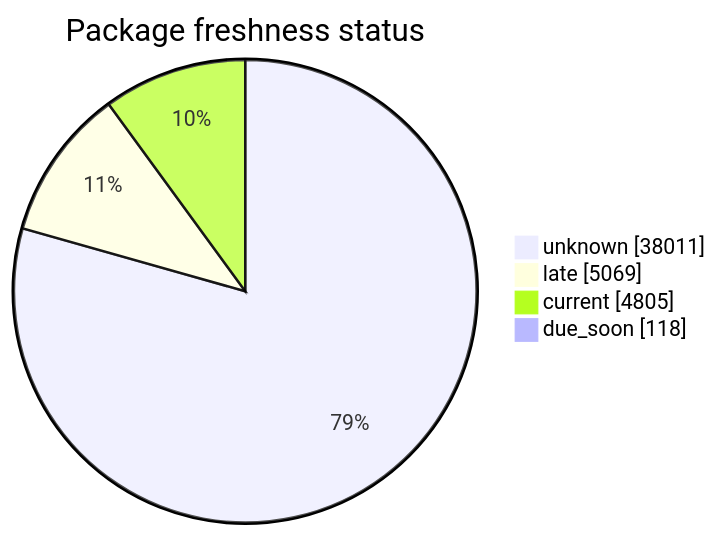
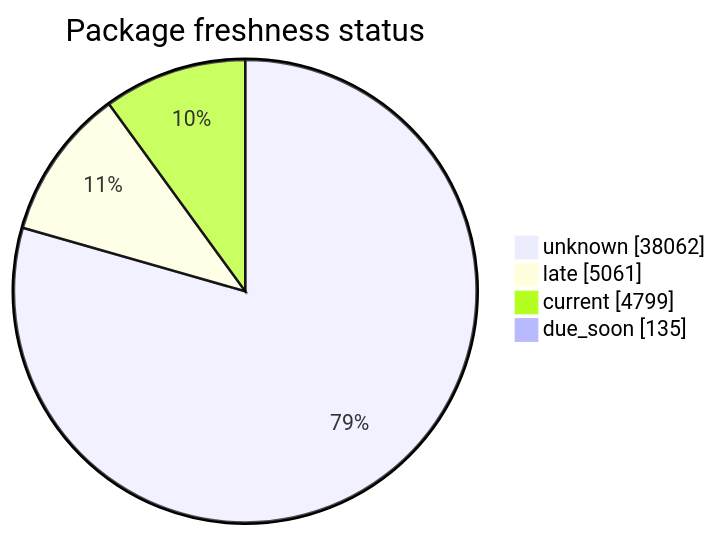
One commit to open-data/analytics-corporate-reporting changed the second of 5 diagrams in FreshCheck/README.md. Above: the diagram before and after it, drawn with Mermaid. The commit also changed other lines of this file and 3 other files, not shown here.

````diff
--- a/FreshCheck/README.md
+++ b/FreshCheck/README.md
@@ -68,7 +68,7 @@
 ```mermaid
 pie showData title Package freshness status
-    "unknown": 38011
-    "late": 5069
-    "current": 4805
-    "due_soon": 118
+    "unknown": 38062
+    "late": 5061
+    "current": 4799
+    "due_soon": 135
 ```
````
